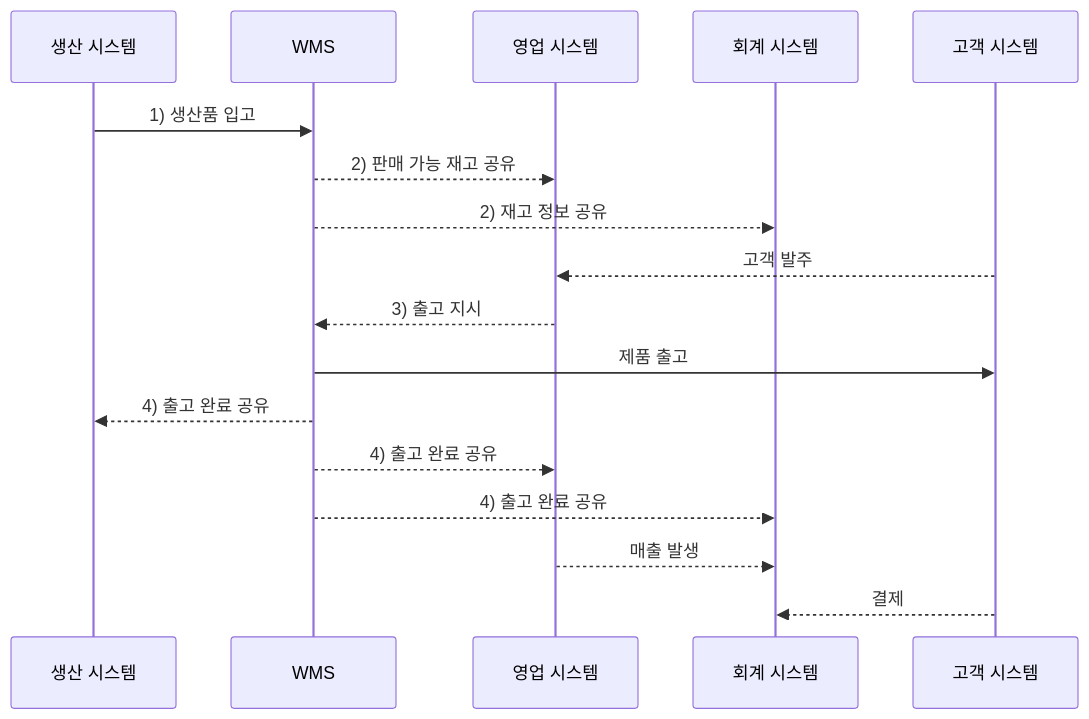
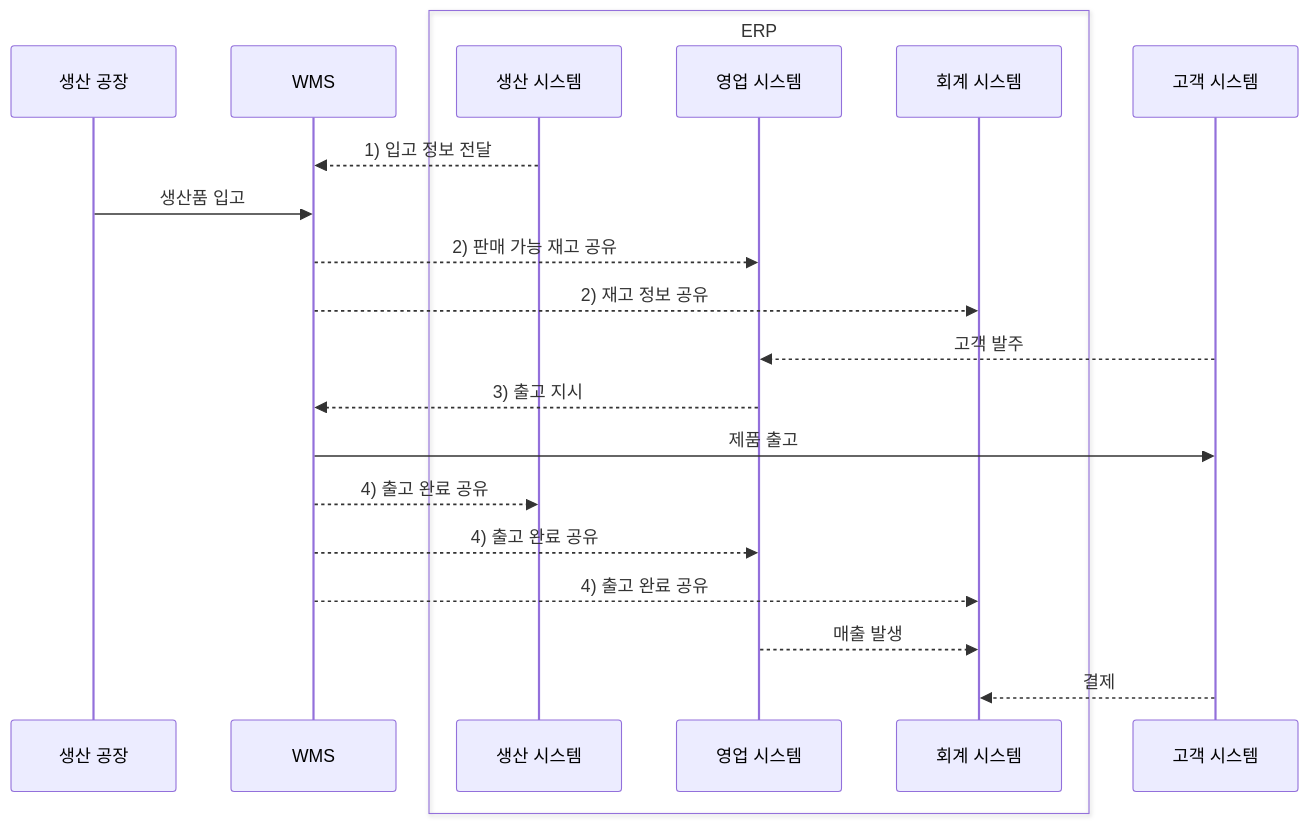
Before and after one commit to devholic22/logistics-backend-study: the diagram in books/wms-원리와-이해/1-wms-개요/2-WMS-시스템이란.md, drawn with Mermaid.

Commit message:
docs: clarify ERP and WMS diagram flows

````diff
--- a/books/wms-원리와-이해/1-wms-개요/2-WMS-시스템이란.md
+++ b/books/wms-원리와-이해/1-wms-개요/2-WMS-시스템이란.md
@@ -50,20 +50,24 @@
 ```mermaid
 sequenceDiagram
-    participant PR as 생산 시스템
+    participant PF as 생산 공장
     participant W as WMS
-    participant SA as 영업 시스템
-    participant AC as 회계 시스템
+    box ERP
+        participant PR as 생산 시스템
+        participant SA as 영업 시스템
+        participant AC as 회계 시스템
+    end
     participant CU as 고객 시스템
 
-    PR->>W: 1) 생산품 입고
+    PR-->>W: 1) 입고 정보 전달
+    PF->>W: 생산품 입고
     W-->>SA: 2) 판매 가능 재고 공유
     W-->>AC: 2) 재고 정보 공유
     CU-->>SA: 고객 발주
     SA-->>W: 3) 출고 지시
     W->>CU: 제품 출고
     W-->>PR: 4) 출고 완료 공유
     W-->>SA: 4) 출고 완료 공유
     W-->>AC: 4) 출고 완료 공유
     SA-->>AC: 매출 발생
     CU-->>AC: 결제
 ```
````
